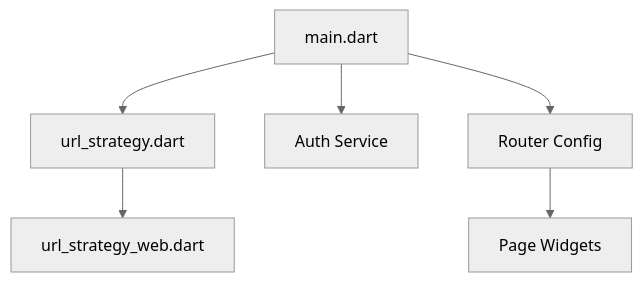
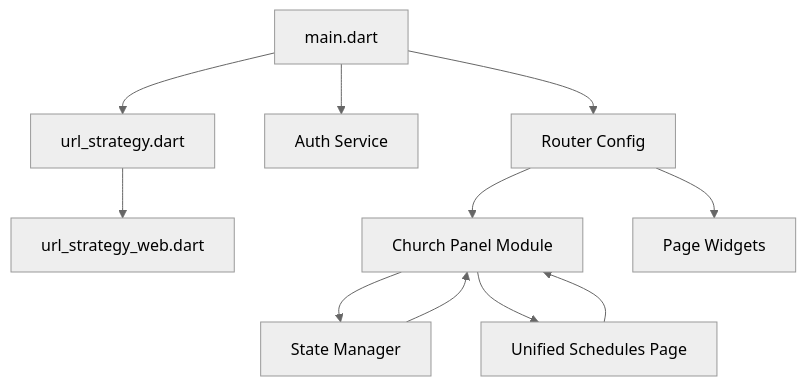
Before and after one commit to raihom-netizen/com.gestaoyahwehios.app: the third of 3 diagrams in .qoder/repowiki/en/content/Core Modules/Navigation Framework.md, drawn with Mermaid (neutral theme). The commit also changed other lines of this file and 161 other files, not shown here.

````diff
--- a/.qoder/repowiki/en/content/Core Modules/Navigation Framework.md
+++ b/.qoder/repowiki/en/content/Core Modules/Navigation Framework.md
@@ -190,8 +247,13 @@
 ```mermaid
 graph TB
 Main["main.dart"] --> URLStrategy["url_strategy.dart"]
 URLStrategy --> URLStrategyWeb["url_strategy_web.dart"]
 Main --> Auth["Auth Service"]
 Main --> Router["Router Config"]
+Router --> ChurchPanel["Church Panel Module"]
+ChurchPanel --> StateMgr["State Manager"]
+ChurchPanel --> SchedulesPage["Unified Schedules Page"]
 Router --> Pages["Page Widgets"]
+SchedulesPage --> ChurchPanel
+StateMgr --> ChurchPanel
 ```
````
